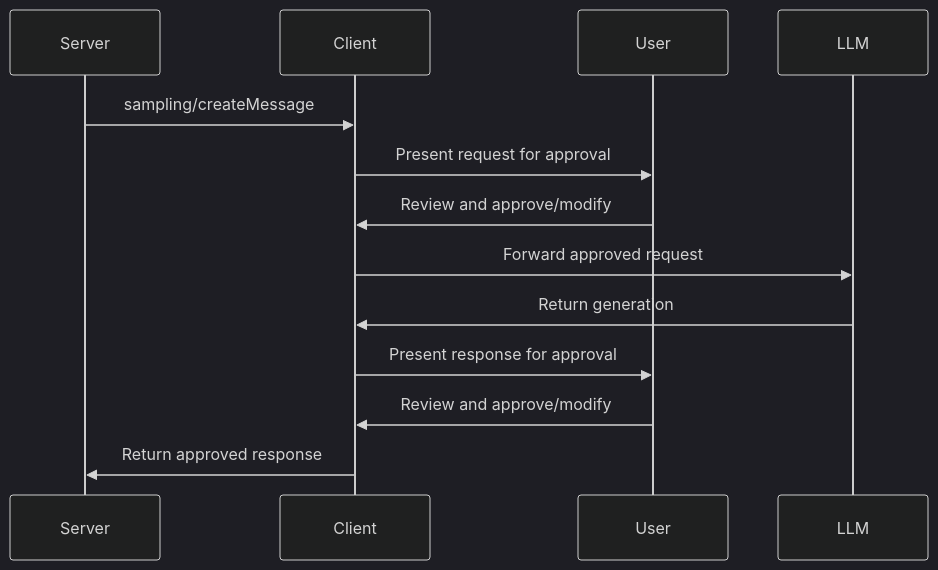
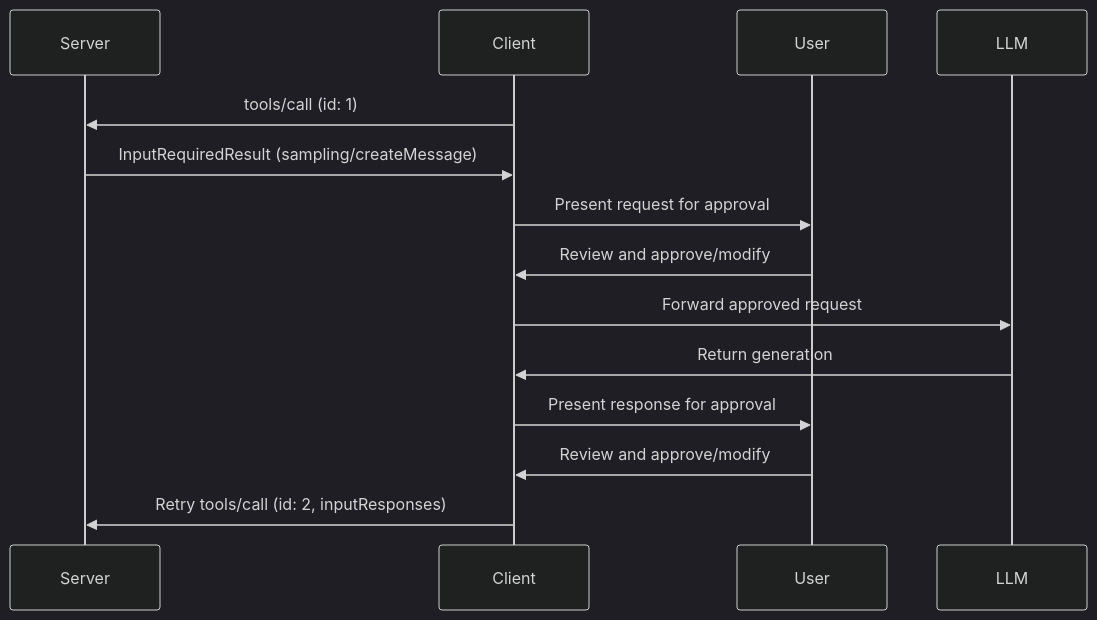
Before and after one commit to yoichiozaki/yoichiozaki.github.io: the third of 6 diagrams in content/blog/en/model-context-protocol.mdx, drawn with Mermaid (dark theme). The commit also changed other lines of this file and 88 other files, not shown here.

````diff
--- a/content/blog/en/model-context-protocol.mdx
+++ b/content/blog/en/model-context-protocol.mdx
@@ -436,15 +457,16 @@
 ```mermaid
 sequenceDiagram
     participant Server
     participant Client
     participant User
     participant LLM
-    Server->>Client: sampling/createMessage
+    Client->>Server: tools/call (id: 1)
+    Server->>Client: InputRequiredResult (sampling/createMessage)
     Client->>User: Present request for approval
     User->>Client: Review and approve/modify
     Client->>LLM: Forward approved request
     LLM->>Client: Return generation
     Client->>User: Present response for approval
     User->>Client: Review and approve/modify
-    Client->>Server: Return approved response
+    Client->>Server: Retry tools/call (id: 2, inputResponses)
 ```
````
